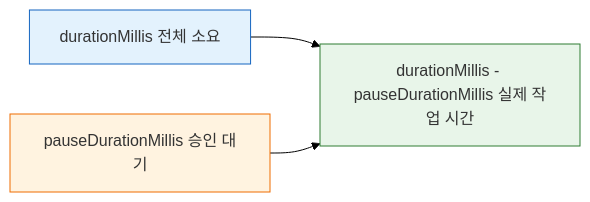
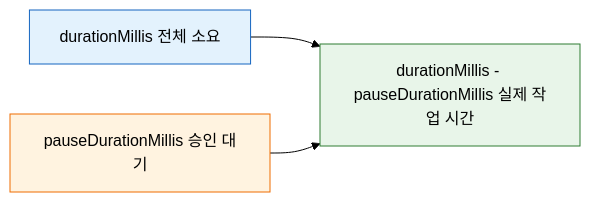
Before and after one commit to scofe97/StduyWrite: the second of 2 diagrams in write/07_devops/02_Jenkins/04_api/06-03.상태 추적 API 현대화와 Blue Ocean 해석.md, drawn with Mermaid (forest theme). The commit also changed other lines of this file and 26 other files, not shown here.

````diff
--- a/write/07_devops/02_Jenkins/04_api/06-03.상태 추적 API 현대화와 Blue Ocean 해석.md
+++ b/write/07_devops/02_Jenkins/04_api/06-03.상태 추적 API 현대화와 Blue Ocean 해석.md
@@ -110,13 +144,13 @@
 ```mermaid
 flowchart LR
     DUR["durationMillis 전체 소요"]
     PAUSE["pauseDurationMillis 승인 대기"]
     WORK["durationMillis - pauseDurationMillis 실제 작업 시간"]
 
     DUR --> WORK
     PAUSE --> WORK
 
-    style DUR fill:#e3f2fd,stroke:#1565c0,color:#333
-    style PAUSE fill:#fff3e0,stroke:#ef6c00,color:#333
-    style WORK fill:#e8f5e9,stroke:#2e7d32,color:#333
+    style DUR fill:#e3f2fd,stroke:#1565c0,color:#000
+    style PAUSE fill:#fff3e0,stroke:#ef6c00,color:#000
+    style WORK fill:#e8f5e9,stroke:#2e7d32,color:#000
 ```
````
